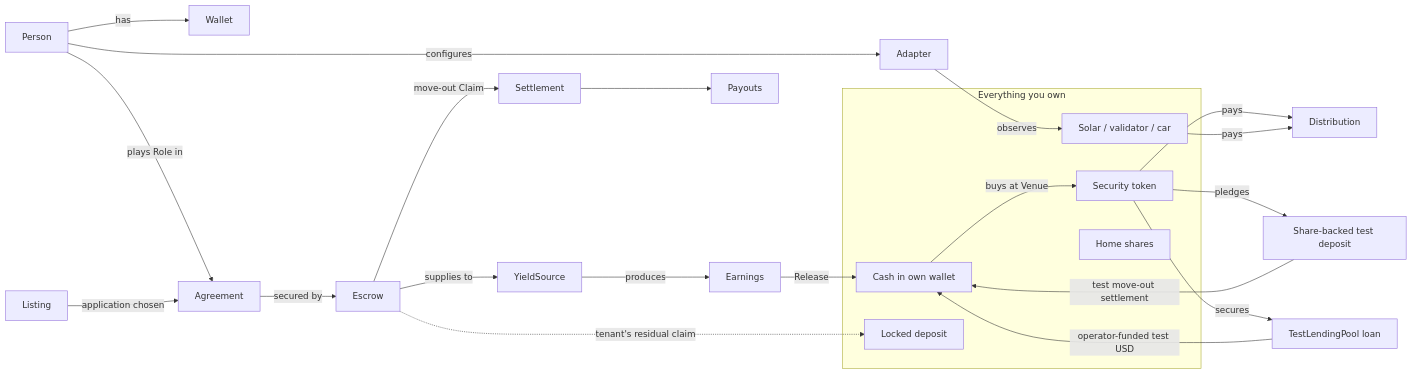
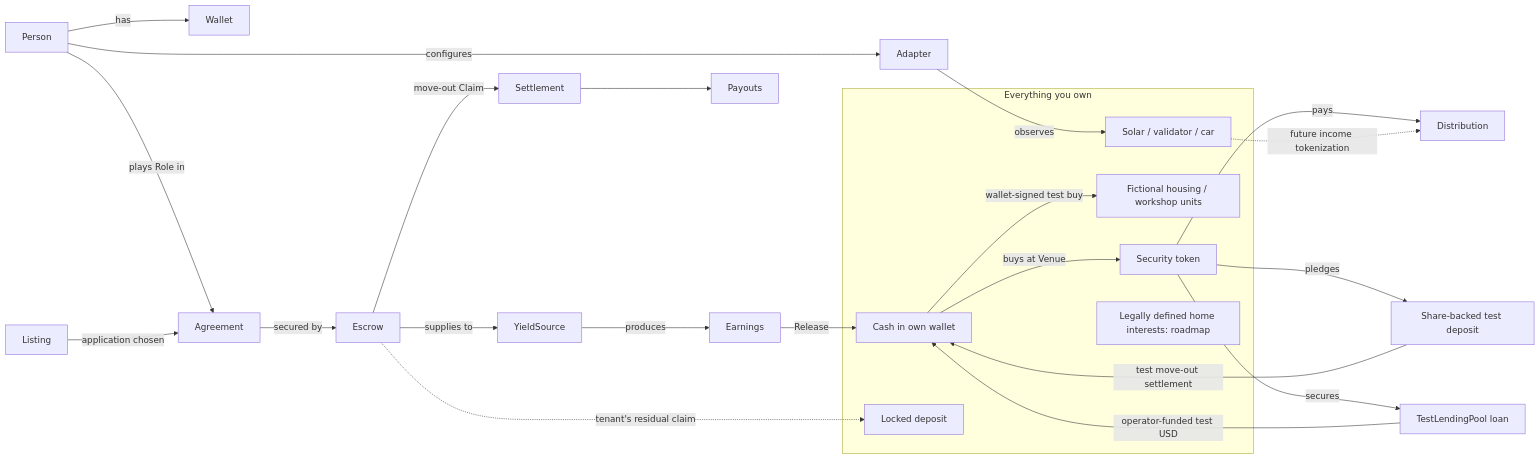
One commit to GiraeffleAeffle/ledger-of-life changed the first of 2 diagrams in docs/ONTOLOGY.md. Above: the diagram before and after it, drawn with Mermaid. The commit also changed other lines of this file and 337 other files, not shown here.

````diff
--- a/docs/ONTOLOGY.md
+++ b/docs/ONTOLOGY.md
@@ -30,28 +31,30 @@
 ```mermaid
 flowchart LR
   P[Person] -- has --> W[Wallet]
   P -- plays Role in --> AG[Agreement]
   L[Listing] -- application chosen --> AG
   AG -- secured by --> E[Escrow]
   E -- supplies to --> Y[YieldSource]
   Y -- produces --> EA[Earnings]
   EA -- Release --> C[Cash in own wallet]
   C -- buys at Venue --> S[Security token]
   S -- pays --> D[Distribution]
   S -- pledges --> CD[Share-backed test deposit]
   CD -- test move-out settlement --> C
   S -- secures --> BL[TestLendingPool loan]
   BL -- operator-funded test USD --> C
+  C -- wallet-signed test buy --> TU[Fictional housing / workshop units]
   E -- move-out Claim --> ST[Settlement] --> PO[Payouts]
   P -- configures --> AD[Adapter]
   AD -- observes --> DEV[Solar / validator / car]
-  DEV -- pays --> D
+  DEV -. future income tokenization .-> D
   subgraph Owned[Everything you own]
     C
     S
     LD[Locked deposit]
     DEV
-    HS[Home shares]
+    TU
+    HS[Legally defined home interests: roadmap]
   end
   E -. tenant's residual claim .-> LD
 ```
````
